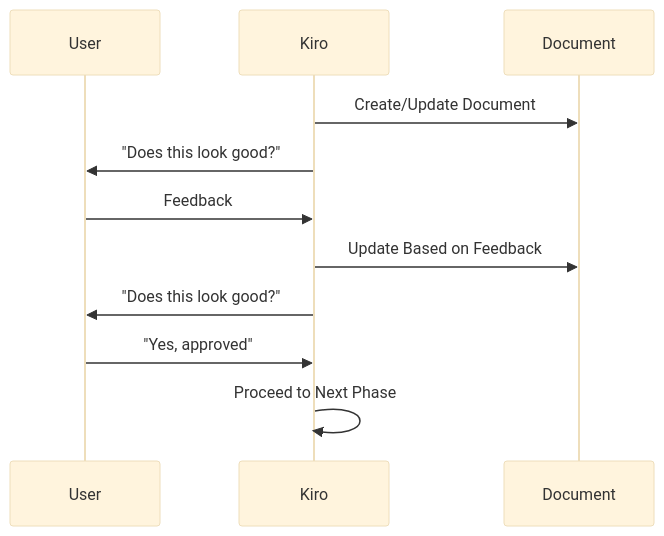
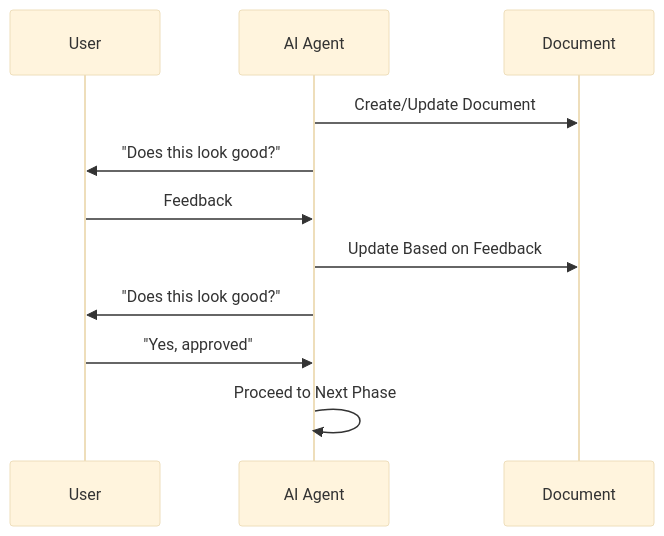
The fifth of 6 diagrams in skills/workflows/feiskyer-workflow-diagrams.md (Lord1Egypt/universal-ai-skills), drawn with Mermaid (base theme) before and after one commit. The commit also changed other lines of this file and 348 other files, not shown here.

````diff
--- a/skills/workflows/feiskyer-workflow-diagrams.md
+++ b/skills/workflows/feiskyer-workflow-diagrams.md
@@ -111,14 +111,14 @@
 ```mermaid
 sequenceDiagram
     participant U as User
-    participant K as Kiro
+    participant A as AI Agent
     participant D as Document
 
-    K->>D: Create/Update Document
-    K->>U: "Does this look good?"
-    U->>K: Feedback
-    K->>D: Update Based on Feedback
-    K->>U: "Does this look good?"
-    U->>K: "Yes, approved"
-    K->>K: Proceed to Next Phase
+    A->>D: Create/Update Document
+    A->>U: "Does this look good?"
+    U->>A: Feedback
+    A->>D: Update Based on Feedback
+    A->>U: "Does this look good?"
+    U->>A: "Yes, approved"
+    A->>A: Proceed to Next Phase
 ```
````
